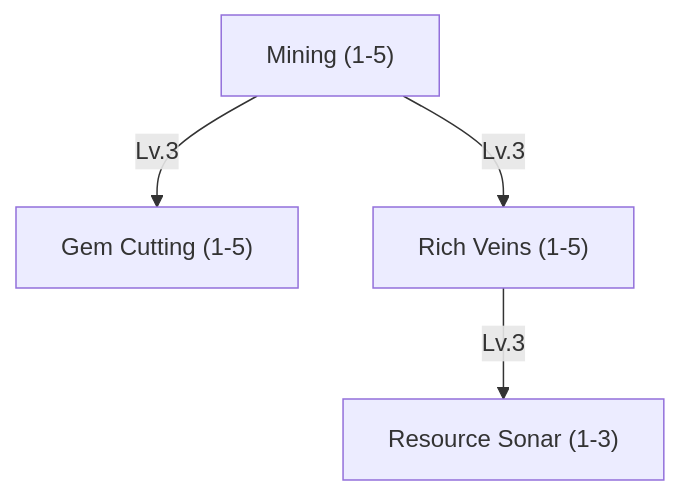
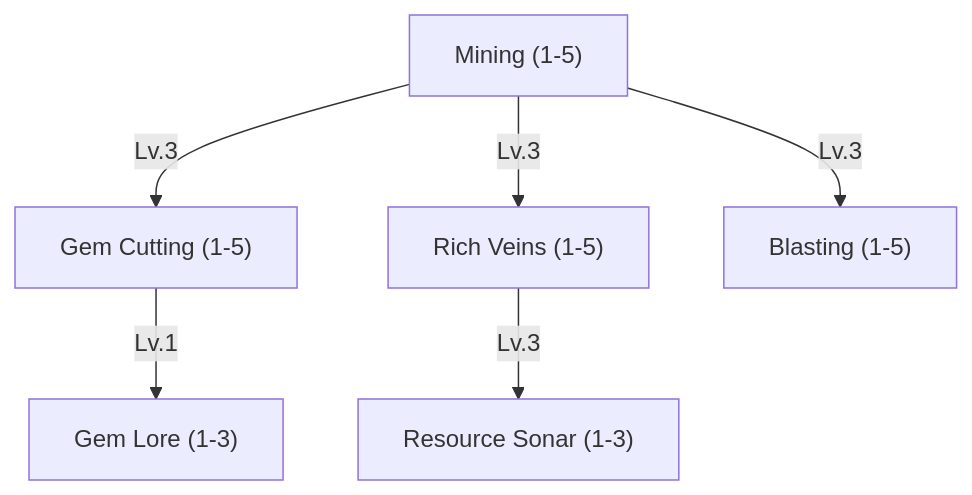
Before and after one commit to tfelix/bestia-docs: the ninth of 20 diagrams in content/docs/mechanics/master.md, drawn with Mermaid. The commit also changed other lines of this file, not shown here.

First line of the commit message:
Give the Miner Blasting, Gem Lore and two routes

````diff
--- a/content/docs/mechanics/master.md
+++ b/content/docs/mechanics/master.md
@@ -1074,11 +1076,15 @@
 ```mermaid
 graph TD
     Mining["Mining (1-5)"]
     GemCutting["Gem Cutting (1-5)"]
     RichVeins["Rich Veins (1-5)"]
     ResourceSonar["Resource Sonar (1-3)"]
+    Blasting["Blasting (1-5)"]
+    GemLore["Gem Lore (1-3)"]
 
     Mining -->|Lv.3| GemCutting
     Mining -->|Lv.3| RichVeins
     RichVeins -->|Lv.3| ResourceSonar
+    Mining -->|Lv.3| Blasting
+    GemCutting -->|Lv.1| GemLore
 ```
````
